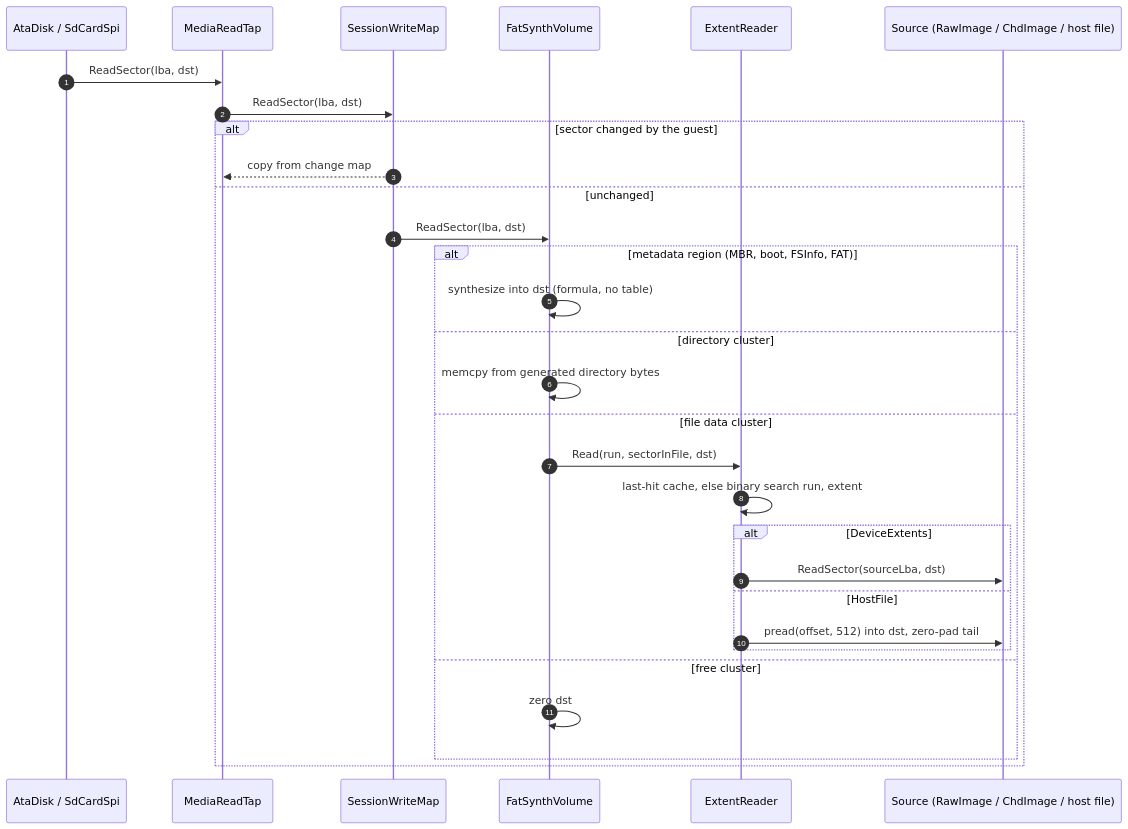
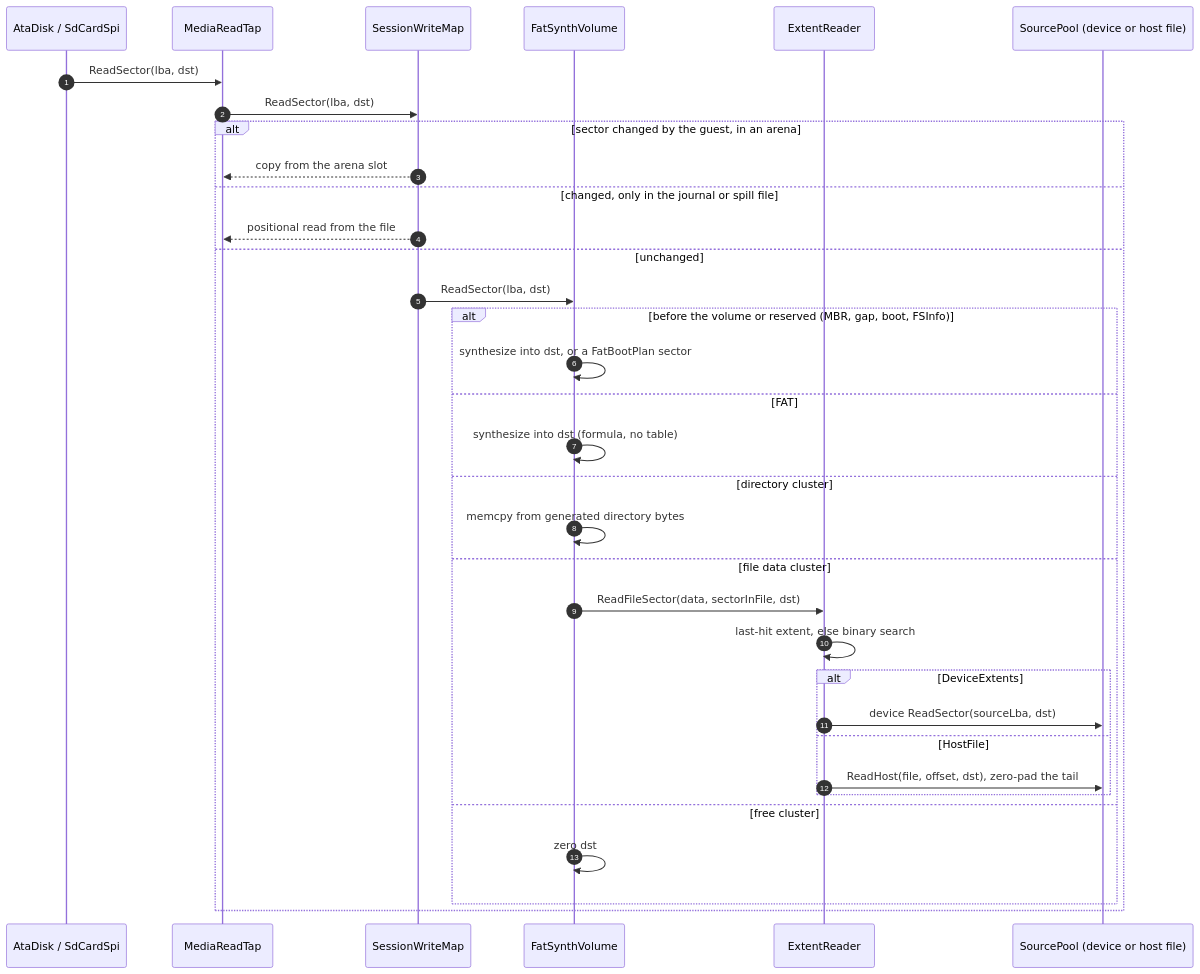
One commit to alfishe/unreal-ng changed the fifth of 13 diagrams in docs/inprogress/2026-10-05-media-multisource/architecture.md. Above: the diagram before and after it, drawn with Mermaid. The commit also changed other lines of this file and 57 other files, not shown here.

````diff
--- a/docs/inprogress/2026-10-05-media-multisource/architecture.md
+++ b/docs/inprogress/2026-10-05-media-multisource/architecture.md
@@ -248,33 +389,37 @@
 ```mermaid
 sequenceDiagram
     autonumber
     participant Slot as AtaDisk / SdCardSpi
     participant Tap as MediaReadTap
     participant CL as SessionWriteMap
     participant V as FatSynthVolume
     participant X as ExtentReader
-    participant S as Source (RawImage / ChdImage / host file)
+    participant S as SourcePool (device or host file)
 
     Slot->>Tap: ReadSector(lba, dst)
     Tap->>CL: ReadSector(lba, dst)
-    alt sector changed by the guest
-        CL-->>Tap: copy from change map
+    alt sector changed by the guest, in an arena
+        CL-->>Tap: copy from the arena slot
+    else changed, only in the journal or spill file
+        CL-->>Tap: positional read from the file
     else unchanged
         CL->>V: ReadSector(lba, dst)
-        alt metadata region (MBR, boot, FSInfo, FAT)
+        alt before the volume or reserved (MBR, gap, boot, FSInfo)
+            V->>V: synthesize into dst, or a FatBootPlan sector
+        else FAT
             V->>V: synthesize into dst (formula, no table)
         else directory cluster
             V->>V: memcpy from generated directory bytes
         else file data cluster
-            V->>X: Read(run, sectorInFile, dst)
-            X->>X: last-hit cache, else binary search run, extent
+            V->>X: ReadFileSector(data, sectorInFile, dst)
+            X->>X: last-hit extent, else binary search
             alt DeviceExtents
-                X->>S: ReadSector(sourceLba, dst)
+                X->>S: device ReadSector(sourceLba, dst)
             else HostFile
-                X->>S: pread(offset, 512) into dst, zero-pad tail
+                X->>S: ReadHost(file, offset, dst), zero-pad the tail
             end
         else free cluster
             V->>V: zero dst
         end
     end
 ```
````
